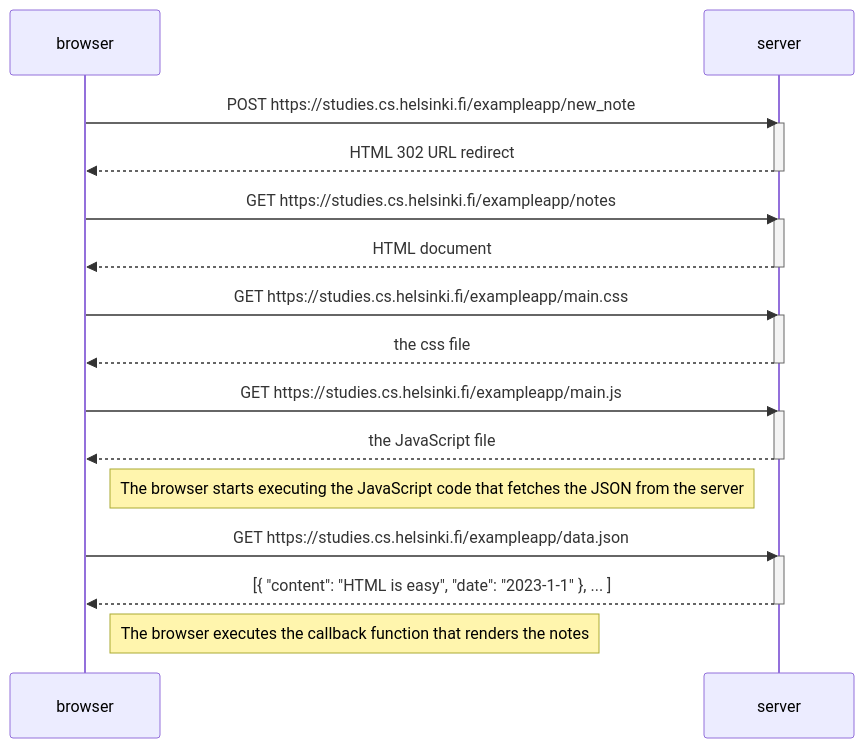
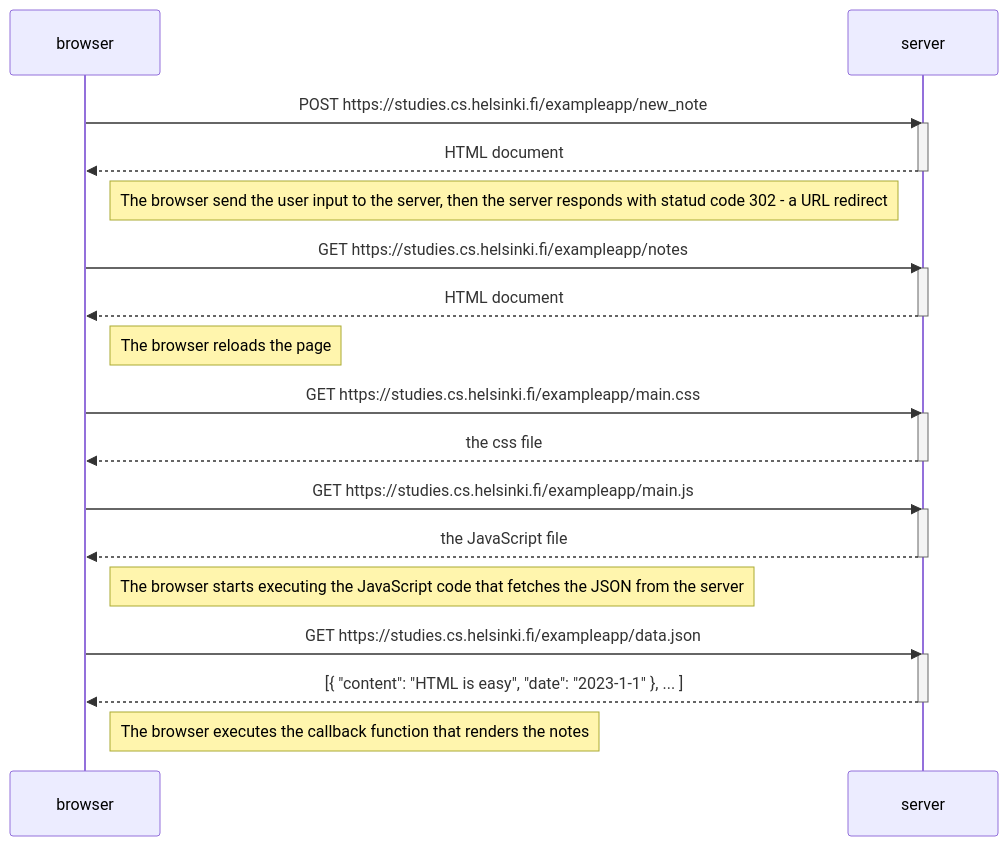
Before and after one commit to ArchPixel/Full_stack_open_Exercise: the first of 3 diagrams in README.md, drawn with Mermaid. The commit also changed other lines of this file, not shown here.

````diff
--- a/README.md
+++ b/README.md
@@ -4,34 +5,36 @@
 ```mermaid
 sequenceDiagram
     participant browser
     participant server
 
     browser->>server: POST https://studies.cs.helsinki.fi/exampleapp/new_note
     activate server
-    server-->>browser: HTML 302 URL redirect
+    server-->>browser: HTML document
     deactivate server
+    Note right of browser: The browser send the user input to the server, then the server responds with statud code 302 - a URL redirect
 
     browser->>server: GET https://studies.cs.helsinki.fi/exampleapp/notes
     activate server
     server-->>browser: HTML document
     deactivate server
+    Note right of browser: The browser reloads the page
 
     browser->>server: GET https://studies.cs.helsinki.fi/exampleapp/main.css
     activate server
     server-->>browser: the css file
     deactivate server
 
     browser->>server: GET https://studies.cs.helsinki.fi/exampleapp/main.js
     activate server
     server-->>browser: the JavaScript file
     deactivate server
 
     Note right of browser: The browser starts executing the JavaScript code that fetches the JSON from the server
 
     browser->>server: GET https://studies.cs.helsinki.fi/exampleapp/data.json
     activate server
     server-->>browser: [{ "content": "HTML is easy", "date": "2023-1-1" }, ... ]
     deactivate server
 
     Note right of browser: The browser executes the callback function that renders the notes
 ```
````
